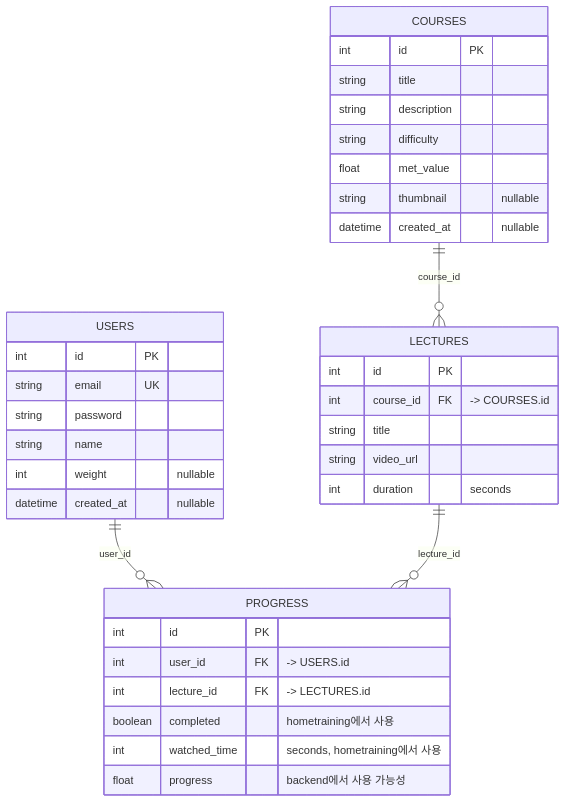
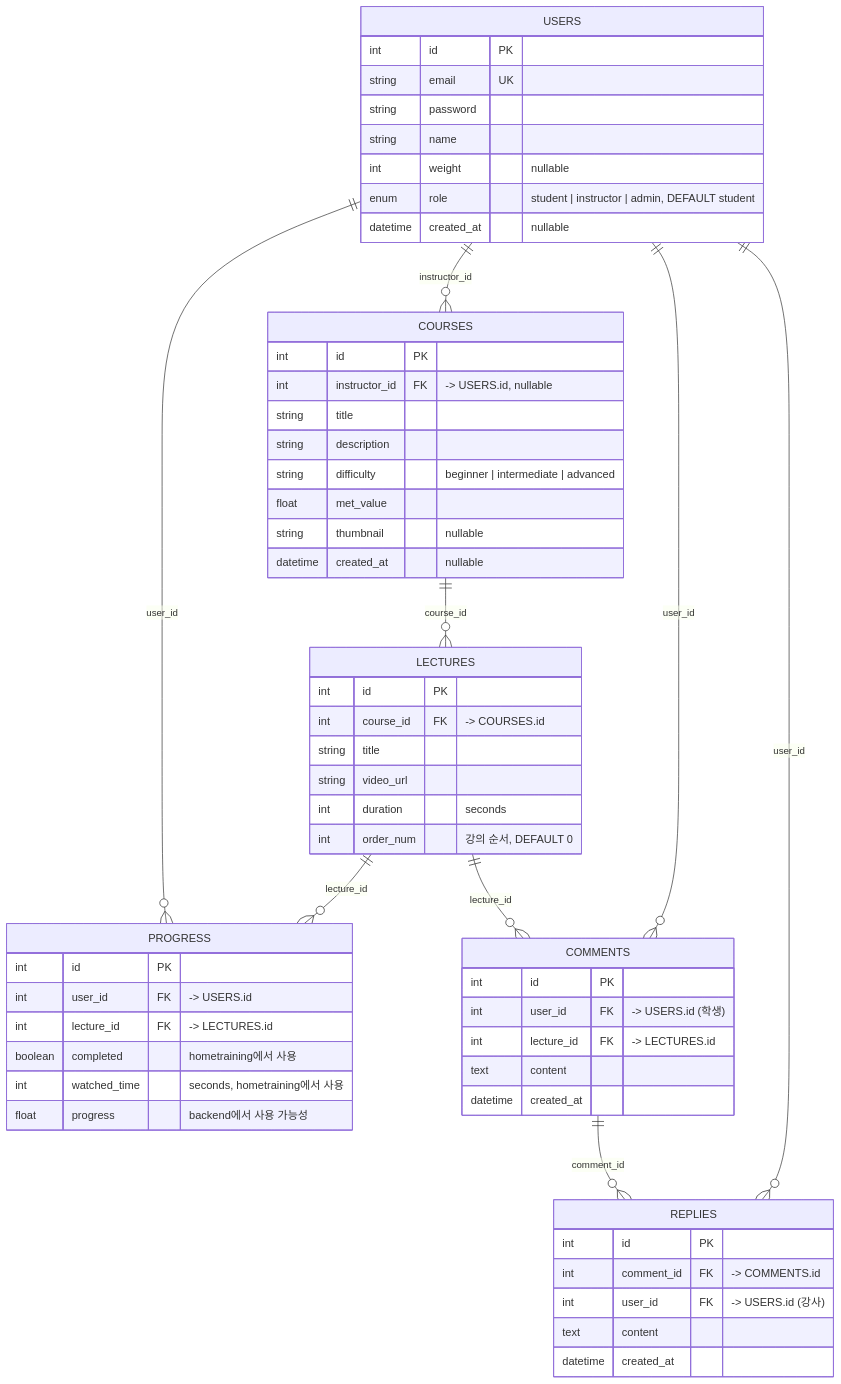
Before and after one commit to fgepra/school_project: the diagram in docs/p1.md, drawn with Mermaid. The commit also changed other lines of this file and 24 other files, not shown here.

````diff
--- a/docs/p1.md
+++ b/docs/p1.md
@@ -1,43 +1,67 @@
 ```mermaid
 erDiagram
   USERS ||--o{ PROGRESS : "user_id"
+  USERS ||--o{ COURSES : "instructor_id"
+  USERS ||--o{ COMMENTS : "user_id"
+  USERS ||--o{ REPLIES : "user_id"
   COURSES ||--o{ LECTURES : "course_id"
   LECTURES ||--o{ PROGRESS : "lecture_id"
+  LECTURES ||--o{ COMMENTS : "lecture_id"
+  COMMENTS ||--o{ REPLIES : "comment_id"
 
   USERS {
     int id PK
     string email UK
     string password
     string name
     int weight "nullable"
+    enum role "student | instructor | admin, DEFAULT student"
     datetime created_at "nullable"
   }
 
   COURSES {
     int id PK
+    int instructor_id FK "-> USERS.id, nullable"
     string title
     string description
-    string difficulty
+    string difficulty "beginner | intermediate | advanced"
     float met_value
     string thumbnail "nullable"
     datetime created_at "nullable"
   }
 
   LECTURES {
     int id PK
     int course_id FK "-> COURSES.id"
     string title
     string video_url
     int duration "seconds"
+    int order_num "강의 순서, DEFAULT 0"
   }
 
   PROGRESS {
     int id PK
     int user_id FK "-> USERS.id"
     int lecture_id FK "-> LECTURES.id"
     boolean completed "hometraining에서 사용"
     int watched_time "seconds, hometraining에서 사용"
     float progress "backend에서 사용 가능성"
     %% (user_id, lecture_id) UNIQUE 권장 (upsert 로직 존재)
   }
+
+  COMMENTS {
+    int id PK
+    int user_id FK "-> USERS.id (학생)"
+    int lecture_id FK "-> LECTURES.id"
+    text content
+    datetime created_at
+  }
+
+  REPLIES {
+    int id PK
+    int comment_id FK "-> COMMENTS.id"
+    int user_id FK "-> USERS.id (강사)"
+    text content
+    datetime created_at
+  }
 ```
````
